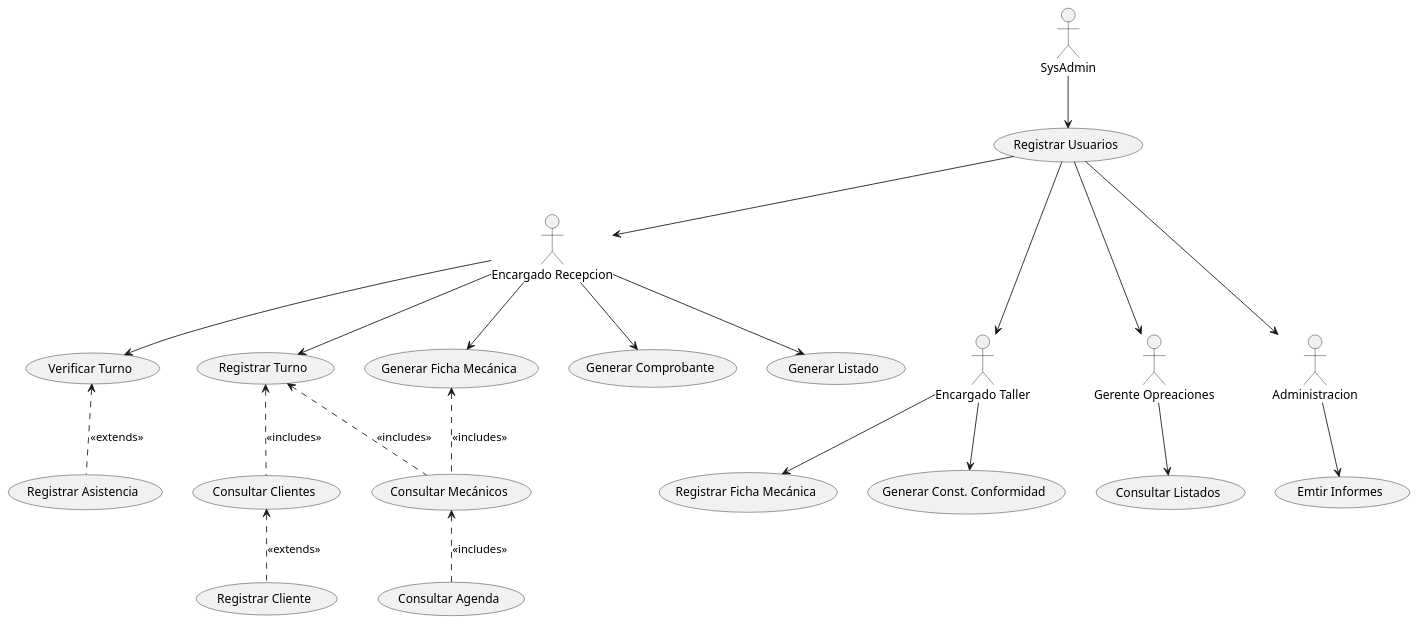
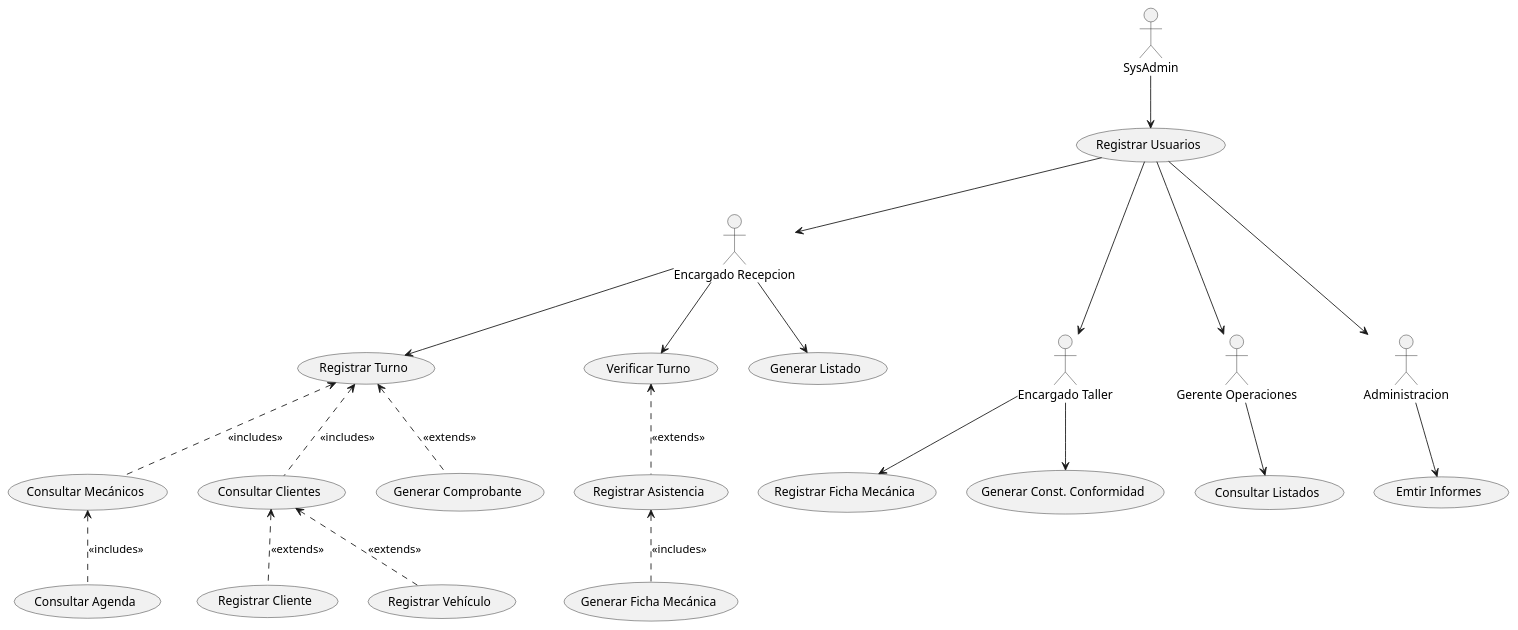
The diagram in UML/DiagramaUC.puml (MatiasCermak/tp-integrador-doo), drawn with PlantUML before and after one commit.

Commit message:
Actualizado DiagramaUC

```diff
--- a/UML/DiagramaUC.puml
+++ b/UML/DiagramaUC.puml
@@ -1,47 +1,48 @@
 @startuml Diagrama Casos de Uso
 (Registrar Turno) as UC1
 (Consultar Agenda) as UC2
 (Generar Comprobante) as UC3
 (Registrar Cliente) as UC4
 (Generar Ficha Mecánica) as UC5
 (Consultar Clientes) as UC6
 (Generar Listado) as UC7
 (Registrar Usuarios) as UC8
 (Registrar Ficha Mecánica) as UC9
 (Generar Const. Conformidad) as UC10
 (Consultar Listados) as UC11
 (Emtir Informes) as UC12
 (Consultar Mecánicos) as UC13
 (Verificar Turno) as UC14
 (Registrar Asistencia) as UC15
+(Registrar Vehículo) as UC16
 
 
 actor :Encargado Recepcion: as encRec
 actor :SysAdmin: as sysAdm
 actor :Encargado Taller: as encTal
-actor :Gerente Opreaciones: as gerOps
+actor :Gerente Operaciones: as gerOps
 actor :Administracion: as admin
 
+UC3 .up.> UC1 : <<extends>>
+UC4 .up.> UC6 : <<extends>>
+UC16 .up.> UC6 : <<extends>>
+UC15 .up.> UC14 : <<extends>>
+UC2 .up.> UC13 : <<includes>>
+UC6 .up.> UC1 : <<includes>>
+UC5 .up.> UC15 : <<includes>> 
+UC13 .up.> UC1 : <<includes>>
 encRec --> UC1
-UC2 .up.> UC13 : <<includes>>
-encRec --> UC3
-UC13 .up.> UC1 : <<includes>>
-UC13 .up.> UC5 : <<includes>>
-encRec --> UC5
-UC6 .up.> UC1 : <<includes>>
-UC4 .up.> UC6 : <<extends>>
 encRec --> UC7
 encRec --> UC14
-UC15 .up.> UC14 : <<extends>>
 sysAdm --> UC8
 encTal --> UC9
 encTal --> UC10
-gerOps --> UC11
+gerOps --> UC11 
 admin --> UC12
 
 UC8 ---> gerOps
 UC8 ---> encTal  
 UC8 --> encRec
 UC8 ---> admin
 
 @enduml
```
